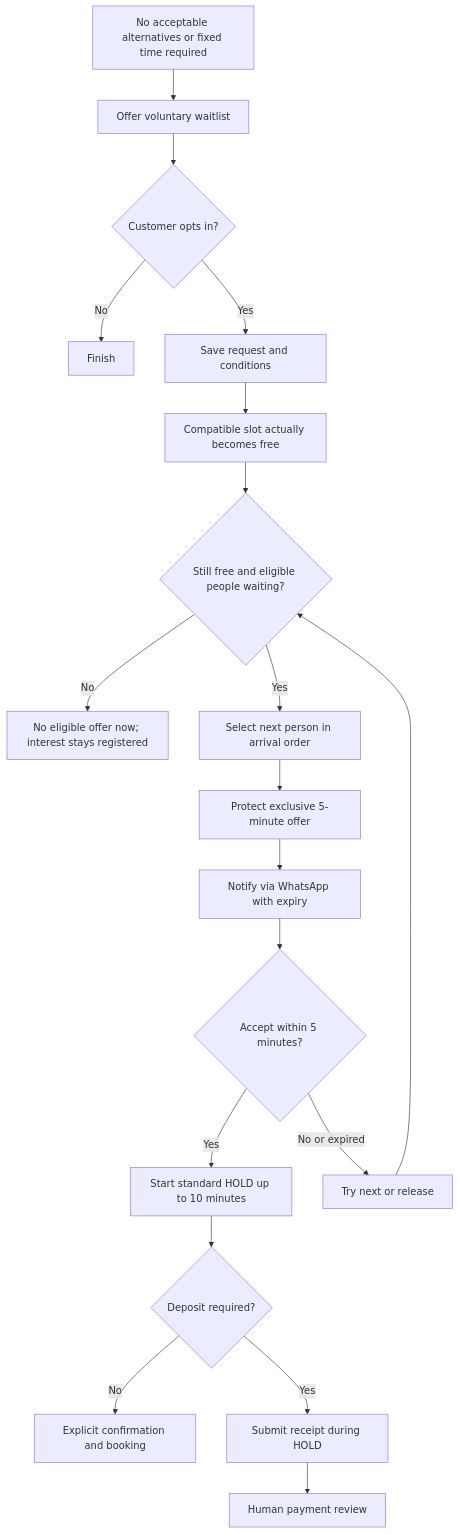
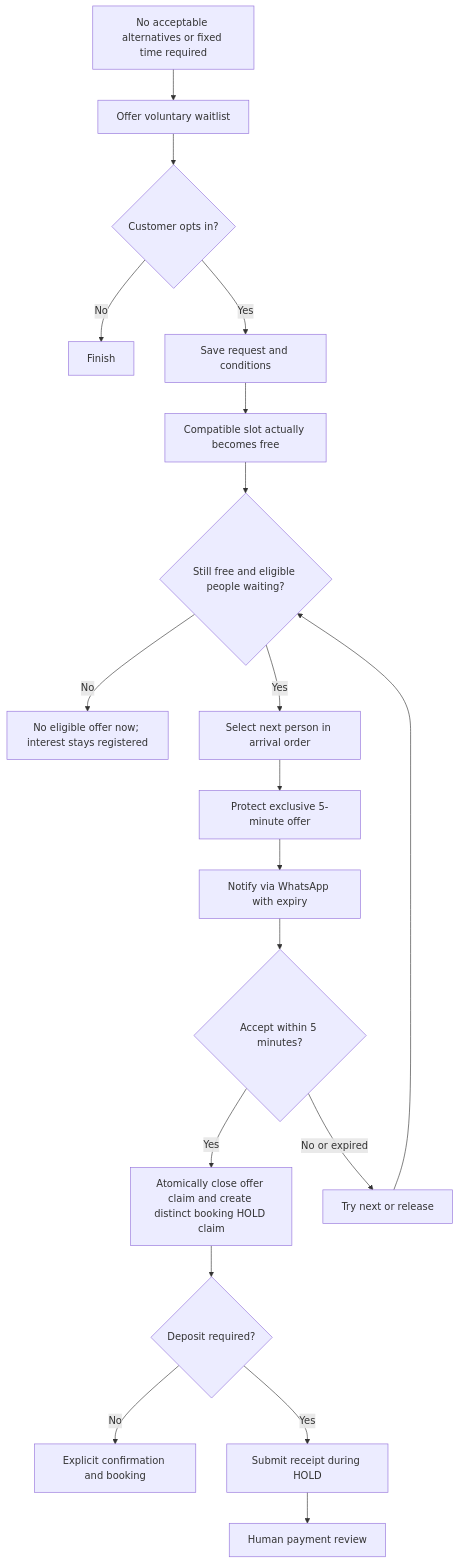
One commit to nanonoir/Agendoxa changed the fourth of 8 diagrams in docs/product-specs/uc-01/flows.md. Above: the diagram before and after it, drawn with Mermaid. The commit also changed other lines of this file and 13 other files, not shown here.

````diff
--- a/docs/product-specs/uc-01/flows.md
+++ b/docs/product-specs/uc-01/flows.md
@@ -204,21 +220,21 @@
 ```mermaid
 flowchart TD
     A[No acceptable alternatives or fixed time required] --> B[Offer voluntary waitlist]
     B --> C{Customer opts in?}
     C -->|No| Z[Finish]
     C -->|Yes| D[Save request and conditions]
     D --> E[Compatible slot actually becomes free]
     E --> F{Still free and eligible people waiting?}
     F -->|No| Z2[No eligible offer now; interest stays registered]
     F -->|Yes| G[Select next person in arrival order]
     G --> H[Protect exclusive 5-minute offer]
     H --> I[Notify via WhatsApp with expiry]
     I --> J{Accept within 5 minutes?}
-    J -->|Yes| K[Start standard HOLD up to 10 minutes]
+    J -->|Yes| K[Atomically close offer claim and create distinct booking HOLD claim]
     J -->|No or expired| L[Try next or release]
     K --> M{Deposit required?}
     M -->|No| N[Explicit confirmation and booking]
     M -->|Yes| O[Submit receipt during HOLD]
     O --> P[Human payment review]
     L --> F
 ```
````
